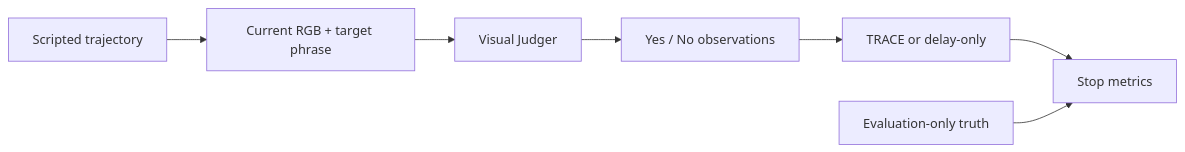
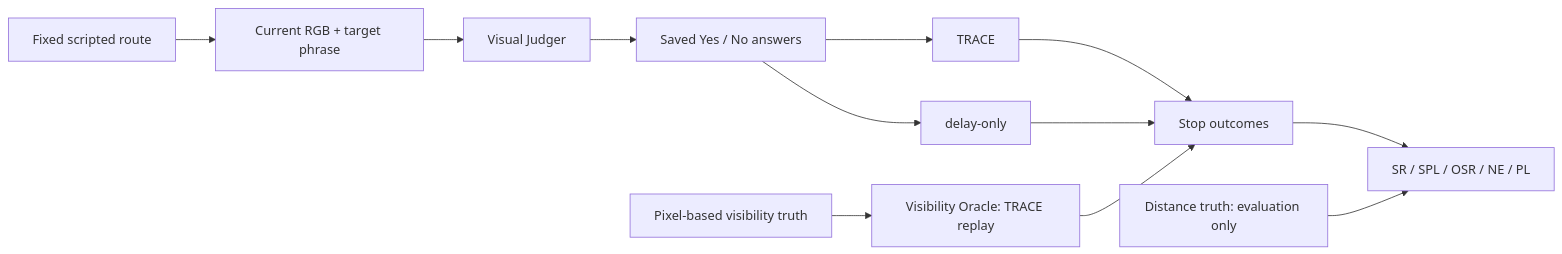
Before and after one commit to wwwwws12/space-vla-benchmark: the diagram in README.md, drawn with Mermaid. The commit also changed other lines of this file and 15 other files, not shown here.

Commit message:
Publish dataset download links and clarify evaluation flow

````diff
--- a/README.md
+++ b/README.md
@@ -31,9 +31,14 @@
 ```mermaid
 flowchart LR
-    A[Scripted trajectory] --> B[Current RGB + target phrase]
+    A[Fixed scripted route] --> B[Current RGB + target phrase]
     B --> C[Visual Judger]
-    C --> D[Yes / No observations]
-    D --> E[TRACE or delay-only]
-    E --> F[Stop metrics]
-    G[Evaluation-only truth] --> F
+    C --> D[Saved Yes / No answers]
+    D --> T[TRACE]
+    D --> L[delay-only]
+    V[Pixel-based visibility truth] --> O[Visibility Oracle: TRACE replay]
+    T --> S[Stop outcomes]
+    L --> S
+    O --> S
+    S --> M[SR / SPL / OSR / NE / PL]
+    G[Distance truth: evaluation only] --> M
 ```
````
